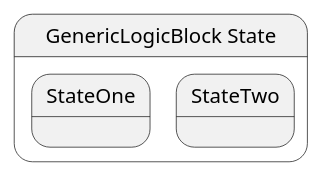
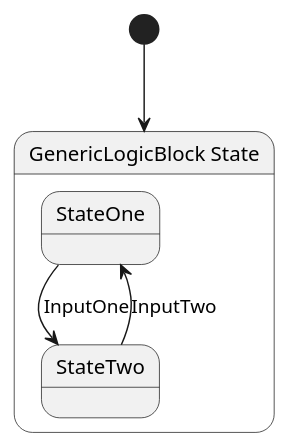
Before and after one commit to chickensoft-games/LogicBlocks: the diagram in Chickensoft.LogicBlocks.DiagramGenerator.Tests/test_cases/GenericLogicBlock.g.puml, drawn with PlantUML. The commit also changed 3 other files, not shown here.

```diff
--- a/Chickensoft.LogicBlocks.DiagramGenerator.Tests/test_cases/GenericLogicBlock.g.puml
+++ b/Chickensoft.LogicBlocks.DiagramGenerator.Tests/test_cases/GenericLogicBlock.g.puml
@@ -1,6 +1,10 @@
 @startuml GenericLogicBlock
-state "GenericLogicBlock State" as Chickensoft_LogicBlocks_DiagramGenerator_Tests_TestCases_MyGenericType___GenericLogicBlock_State {
+state "GenericLogicBlock State" as Chickensoft_LogicBlocks_DiagramGenerator_Tests_TestCases_MyGenericType_GenericLogicBlock_State {
   state "StateOne" as Chickensoft_LogicBlocks_DiagramGenerator_Tests_TestCases_MyGenericType_GenericLogicBlock_StateOne
   state "StateTwo" as Chickensoft_LogicBlocks_DiagramGenerator_Tests_TestCases_MyGenericType_GenericLogicBlock_StateTwo
 }
+
+Chickensoft_LogicBlocks_DiagramGenerator_Tests_TestCases_MyGenericType_GenericLogicBlock_StateOne --> Chickensoft_LogicBlocks_DiagramGenerator_Tests_TestCases_MyGenericType_GenericLogicBlock_StateTwo : InputOne
+Chickensoft_LogicBlocks_DiagramGenerator_Tests_TestCases_MyGenericType_GenericLogicBlock_StateTwo --> Chickensoft_LogicBlocks_DiagramGenerator_Tests_TestCases_MyGenericType_GenericLogicBlock_StateOne : InputTwo
+[*] --> Chickensoft_LogicBlocks_DiagramGenerator_Tests_TestCases_MyGenericType_GenericLogicBlock_State
 @enduml
```
